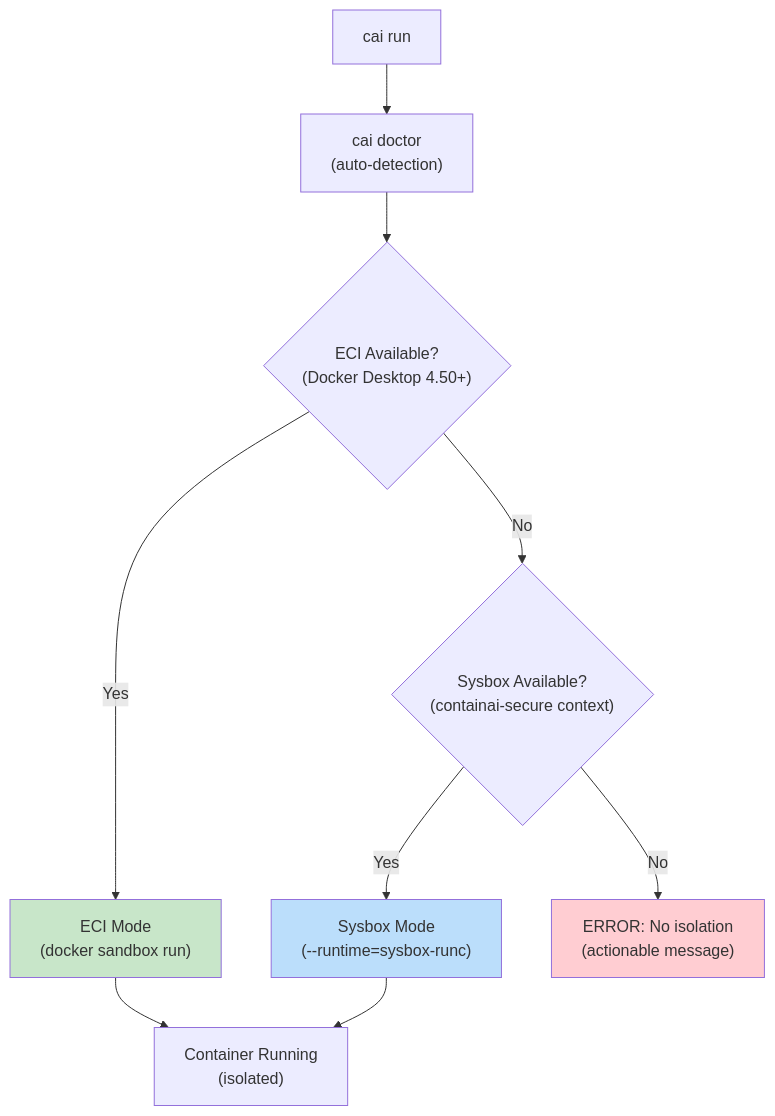
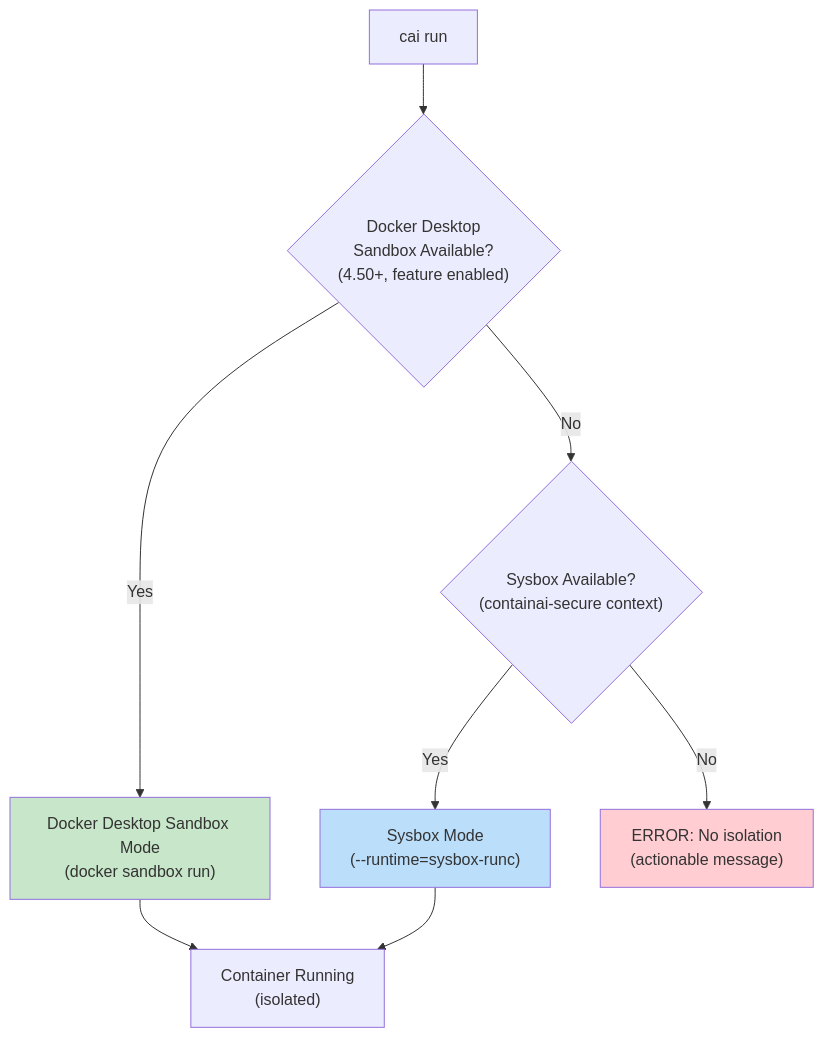
The fourth of 8 diagrams in docs/architecture.md (novotnyllc/ContainAI), drawn with Mermaid before and after one commit. The commit also changed other lines of this file, not shown here.

First line of the commit message:
docs(architecture): address review feedback

````diff
--- a/docs/architecture.md
+++ b/docs/architecture.md
@@ -154,18 +156,17 @@
 ```mermaid
 flowchart TD
-    Start["cai run"] --> Doctor["cai doctor<br/>(auto-detection)"]
-    Doctor --> ECICheck{"ECI Available?<br/>(Docker Desktop 4.50+)"}
+    Start["cai run"] --> SandboxCheck{"Docker Desktop<br/>Sandbox Available?<br/>(4.50+, feature enabled)"}
 
-    ECICheck -->|Yes| ECI["ECI Mode<br/>(docker sandbox run)"]
-    ECICheck -->|No| SysboxCheck{"Sysbox Available?<br/>(containai-secure context)"}
+    SandboxCheck -->|Yes| Sandbox["Docker Desktop Sandbox Mode<br/>(docker sandbox run)"]
+    SandboxCheck -->|No| SysboxCheck{"Sysbox Available?<br/>(containai-secure context)"}
 
     SysboxCheck -->|Yes| Sysbox["Sysbox Mode<br/>(--runtime=sysbox-runc)"]
     SysboxCheck -->|No| Fail["ERROR: No isolation<br/>(actionable message)"]
 
-    ECI --> Container["Container Running<br/>(isolated)"]
+    Sandbox --> Container["Container Running<br/>(isolated)"]
     Sysbox --> Container
 
-    style ECI fill:#c8e6c9
+    style Sandbox fill:#c8e6c9
     style Sysbox fill:#bbdefb
     style Fail fill:#ffcdd2
 ```
````
